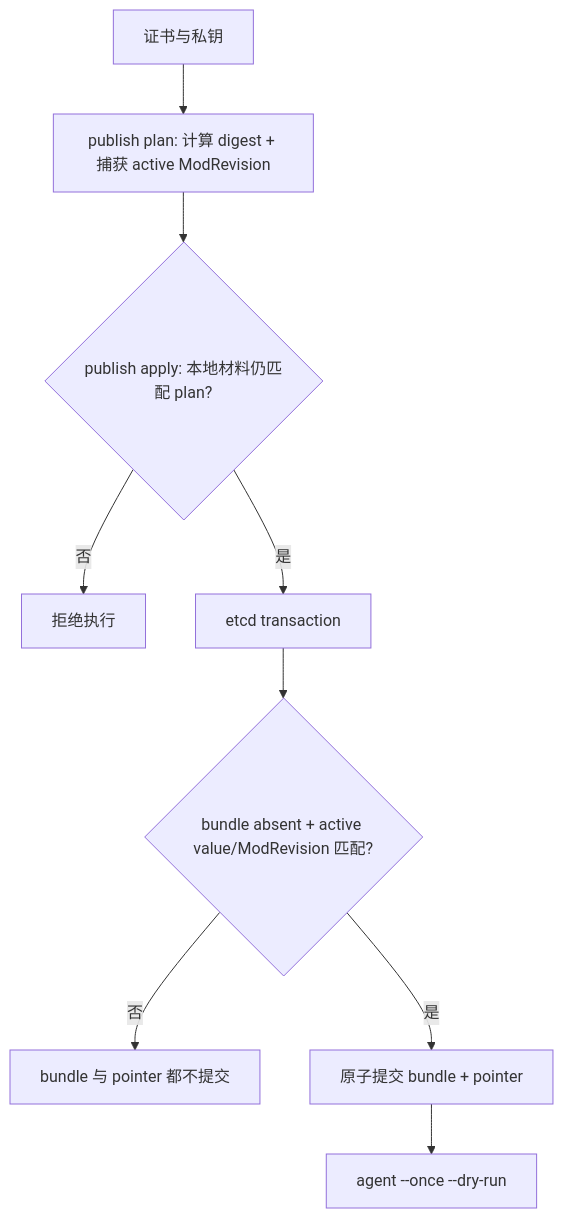
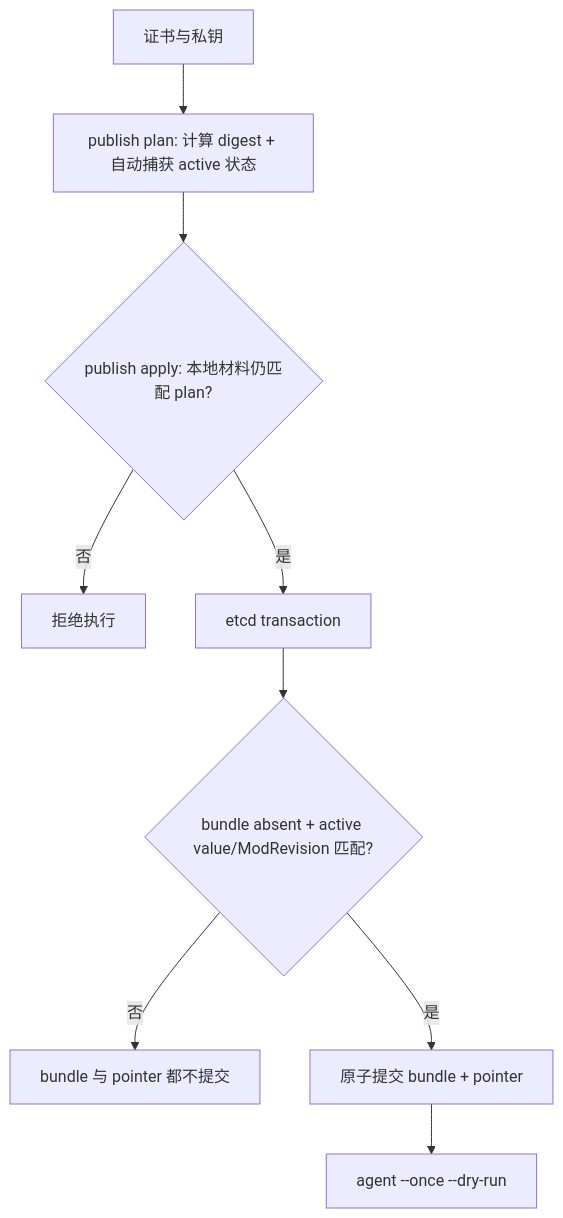
The diagram in .agents/skills/repo-deployment/references/publishing.md (lwmacct/260907-pemcast), drawn with Mermaid before and after one commit. The commit also changed other lines of this file and 5 other files, not shown here.

````diff
--- a/.agents/skills/repo-deployment/references/publishing.md
+++ b/.agents/skills/repo-deployment/references/publishing.md
@@ -12,11 +12,11 @@
 ```mermaid
 flowchart TD
-    material["证书与私钥"] --> plan["publish plan: 计算 digest + 捕获 active ModRevision"]
+    material["证书与私钥"] --> plan["publish plan: 计算 digest + 自动捕获 active 状态"]
     plan --> apply{"publish apply: 本地材料仍匹配 plan?"}
     apply -->|"否"| stop["拒绝执行"]
     apply -->|"是"| txn["etcd transaction"]
     txn --> condition{"bundle absent + active value/ModRevision 匹配?"}
     condition -->|"否"| reject["bundle 与 pointer 都不提交"]
     condition -->|"是"| commit["原子提交 bundle + pointer"]
     commit --> dryrun["agent --once --dry-run"]
 ```
````
